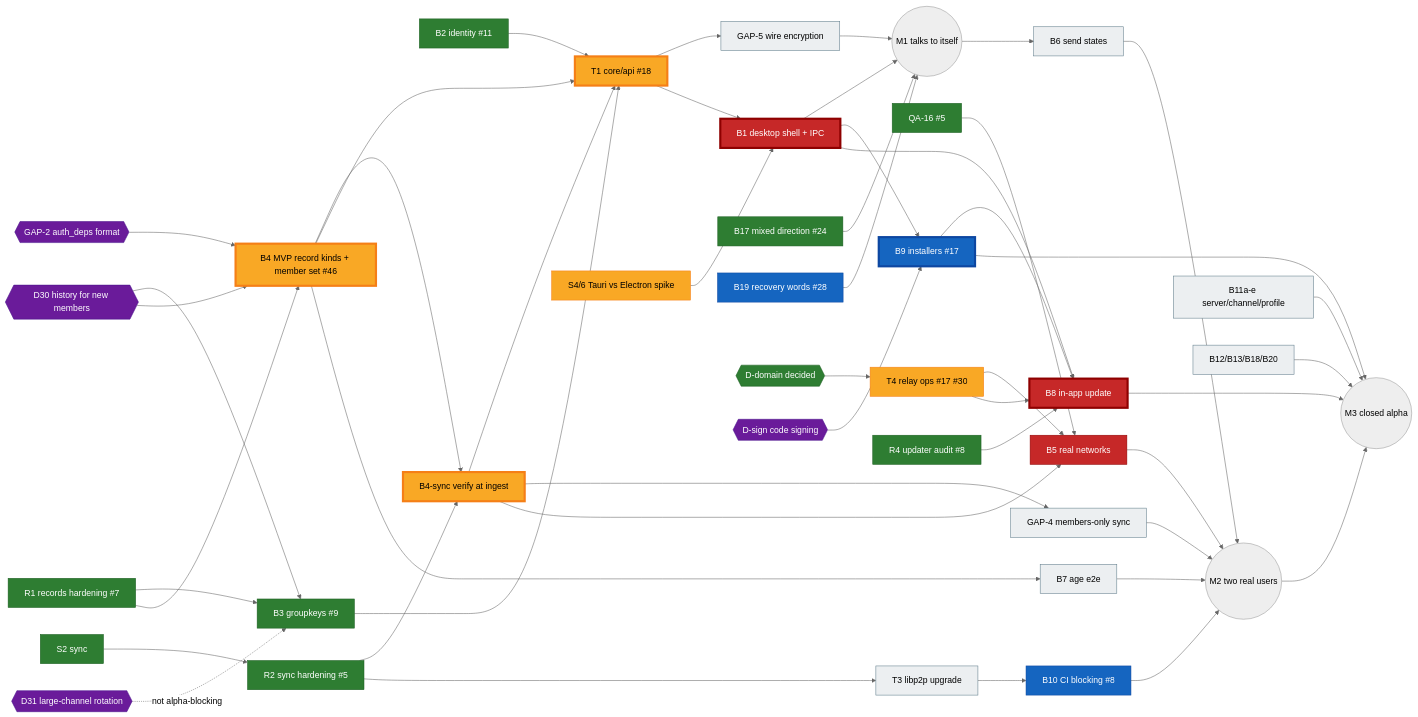
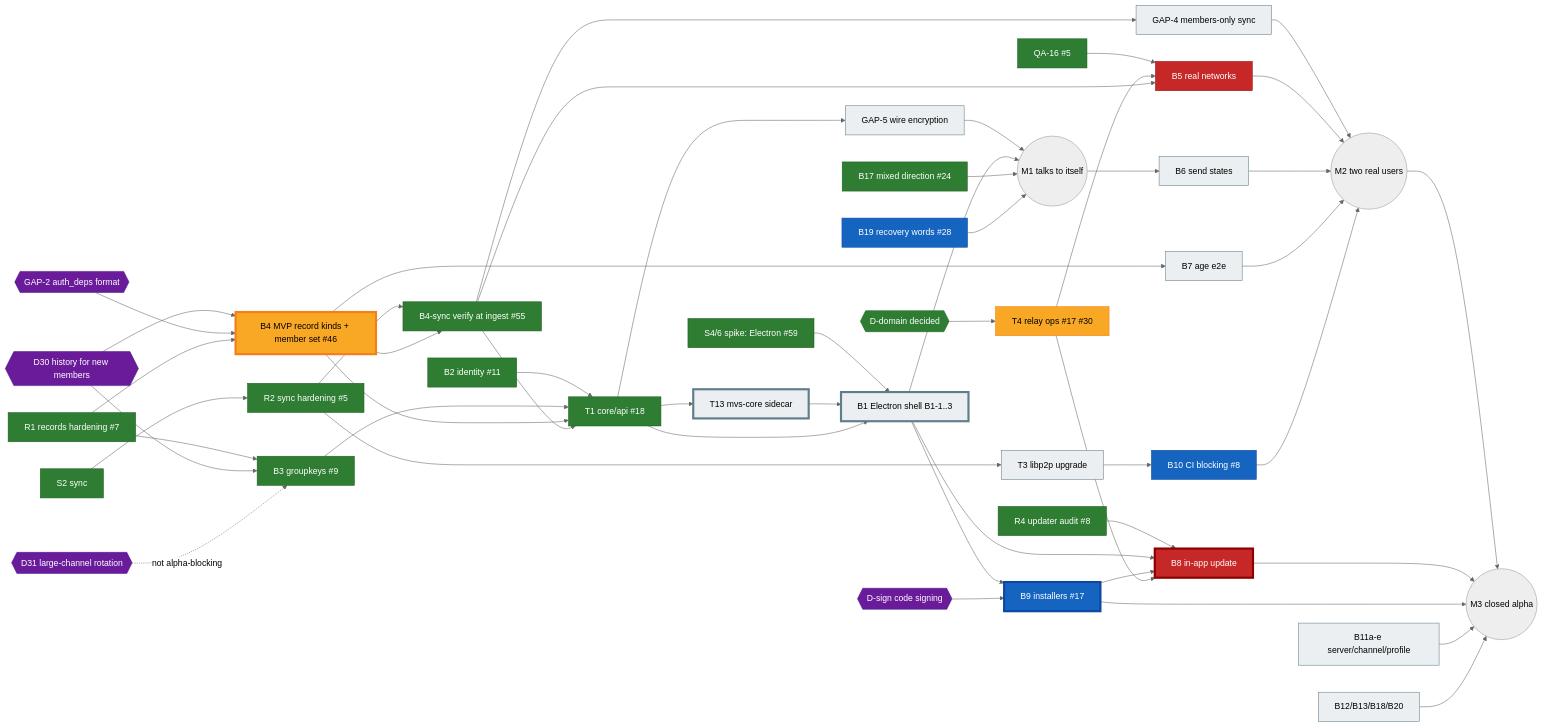
Before and after one commit to moranmoa/MVP: the diagram in docs/BOARD.md, drawn with Mermaid (neutral theme). The commit also changed other lines of this file, not shown here.

Commit message:
docs(board): refresh 5 — T1/B4-sync/B19/B12 merged, decision 7 Electron, T12 install tests, T13 sidecar

````diff
--- a/docs/BOARD.md
+++ b/docs/BOARD.md
@@ -161,60 +161,61 @@
 ```mermaid
 graph LR
   classDef done fill:#2e7d32,color:#fff,stroke:#1b5e20
   classDef review fill:#1565c0,color:#fff,stroke:#0d47a1
   classDef prog fill:#f9a825,color:#000,stroke:#f57f17
   classDef blocked fill:#c62828,color:#fff,stroke:#8e0000
   classDef todo fill:#eceff1,color:#000,stroke:#607d8b
   classDef decision fill:#6a1b9a,color:#fff,stroke:#4a148c
   classDef crit stroke-width:4px
 
   R1[R1 records hardening #7]:::done
   S2[S2 sync]:::done --> R2[R2 sync hardening #5]:::done
   B2[B2 identity #11]:::done
   R1 --> B3[B3 groupkeys #9]:::done
   D30{{D30 history for new members}}:::decision --> B3
   D30 --> B4
   D31{{D31 large-channel rotation}}:::decision -. not alpha-blocking .-> B3
   GAP2{{GAP-2 auth_deps format}}:::decision --> B4
   R1 --> B4[B4 MVP record kinds + member set #46]:::prog
-  R2 --> B4S[B4-sync verify at ingest]:::prog
+  R2 --> B4S[B4-sync verify at ingest #55]:::done
   B4 --> B4S
-  B2 --> T1[T1 core/api #18]:::prog
+  B2 --> T1[T1 core/api #18]:::done
   B3 --> T1
   B4 --> T1
   B4S --> T1
   T1 --> G5[GAP-5 wire encryption]:::todo
-  S46[S4/6 Tauri vs Electron spike]:::prog --> B1[B1 desktop shell + IPC]:::blocked
+  S46[S4/6 spike: Electron #59]:::done --> B1[B1 Electron shell B1-1..3]:::todo
+  T1 --> T13[T13 mvs-core sidecar]:::todo --> B1
   T1 --> B1
   G5 --> M1((M1 talks to itself))
   B1 --> M1
   B17[B17 mixed direction #24]:::done --> M1
   B19[B19 recovery words #28]:::review --> M1
 
   QA16[QA-16 #5]:::done --> B5
   DD{{D-domain decided}}:::done --> T4[T4 relay ops #17 #30]:::prog
   T4 --> B5[B5 real networks]:::blocked
   B4S --> G4[GAP-4 members-only sync]:::todo --> M2
   B4S --> B5
   M1 --> B6[B6 send states]:::todo
   B4 --> B7[B7 age e2e]:::todo
   B5 --> M2((M2 two real users))
   B6 --> M2
   B7 --> M2
   R2 --> T3[T3 libp2p upgrade]:::todo --> B10[B10 CI blocking #8]:::review
   B10 --> M2
 
   B1 --> B9[B9 installers #17]:::review
   DS{{D-sign code signing}}:::decision --> B9
   R4[R4 updater audit #8]:::done --> B8[B8 in-app update]:::blocked
   B1 --> B8
   B9 --> B8
   T4 --> B8
   M2 --> M3((M3 closed alpha))
   B8 --> M3
   B9 --> M3
   B11[B11a-e server/channel/profile]:::todo --> M3
   B12[B12/B13/B18/B20]:::todo --> M3
 
-  class B4,B4S,T1,B1,B9,B8 crit
+  class B4,T13,B1,B9,B8 crit
 ```
````
